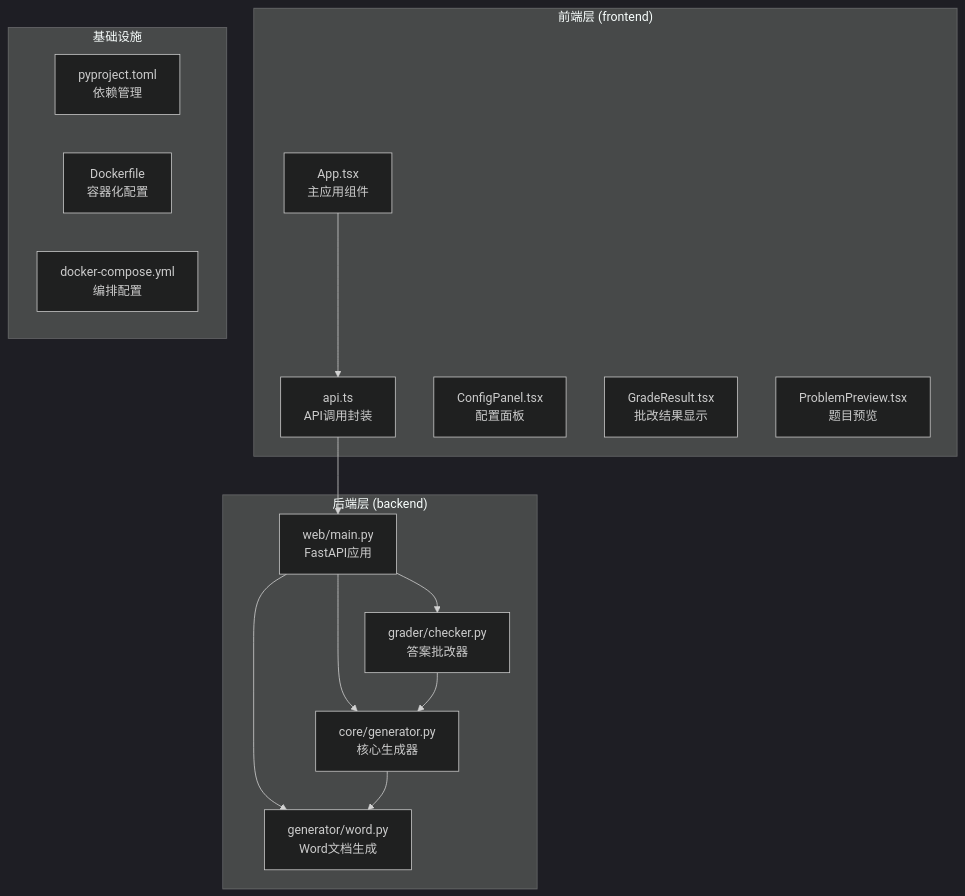
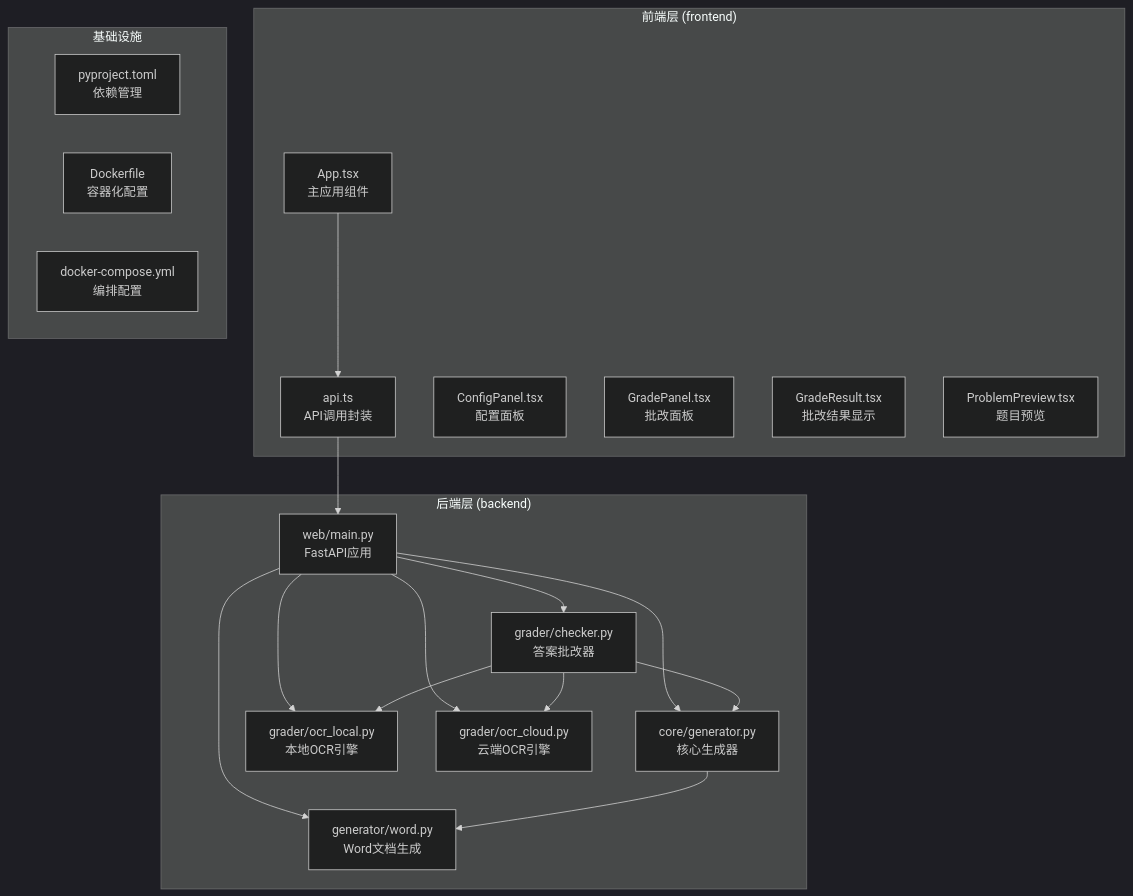
One commit to SimonWHL/math-learning changed the first of 17 diagrams in .qoder/repowiki/zh/content/项目结构/Web API接口.md. Above: the diagram before and after it, drawn with Mermaid (dark theme). The commit also changed other lines of this file and 4 other files, not shown here.

````diff
--- a/.qoder/repowiki/zh/content/项目结构/Web API接口.md
+++ b/.qoder/repowiki/zh/content/项目结构/Web API接口.md
@@ -51,28 +54,35 @@
 ```mermaid
 graph TB
 subgraph "前端层 (frontend)"
 FE_API[api.ts<br/>API调用封装]
 FE_APP[App.tsx<br/>主应用组件]
 FE_CONFIG[ConfigPanel.tsx<br/>配置面板]
-FE_GRADE[GradeResult.tsx<br/>批改结果显示]
+FE_GRADE[GradePanel.tsx<br/>批改面板]
+FE_GRADE_RESULT[GradeResult.tsx<br/>批改结果显示]
 FE_PREVIEW[ProblemPreview.tsx<br/>题目预览]
 end
 subgraph "后端层 (backend)"
 BE_MAIN[web/main.py<br/>FastAPI应用]
 BE_CORE[core/generator.py<br/>核心生成器]
 BE_WORD[generator/word.py<br/>Word文档生成]
 BE_GRADER[grader/checker.py<br/>答案批改器]
+BE_OCR_LOCAL[grader/ocr_local.py<br/>本地OCR引擎]
+BE_OCR_CLOUD[grader/ocr_cloud.py<br/>云端OCR引擎]
 end
 subgraph "基础设施"
 PY_PROJECT[pyproject.toml<br/>依赖管理]
 DOCKER[Dockerfile<br/>容器化配置]
 COMPOSE[docker-compose.yml<br/>编排配置]
 end
 FE_APP --> FE_API
 FE_API --> BE_MAIN
 BE_MAIN --> BE_CORE
 BE_MAIN --> BE_WORD
 BE_MAIN --> BE_GRADER
+BE_MAIN --> BE_OCR_LOCAL
+BE_MAIN --> BE_OCR_CLOUD
 BE_CORE --> BE_WORD
 BE_GRADER --> BE_CORE
+BE_GRADER --> BE_OCR_LOCAL
+BE_GRADER --> BE_OCR_CLOUD
 ```
````
